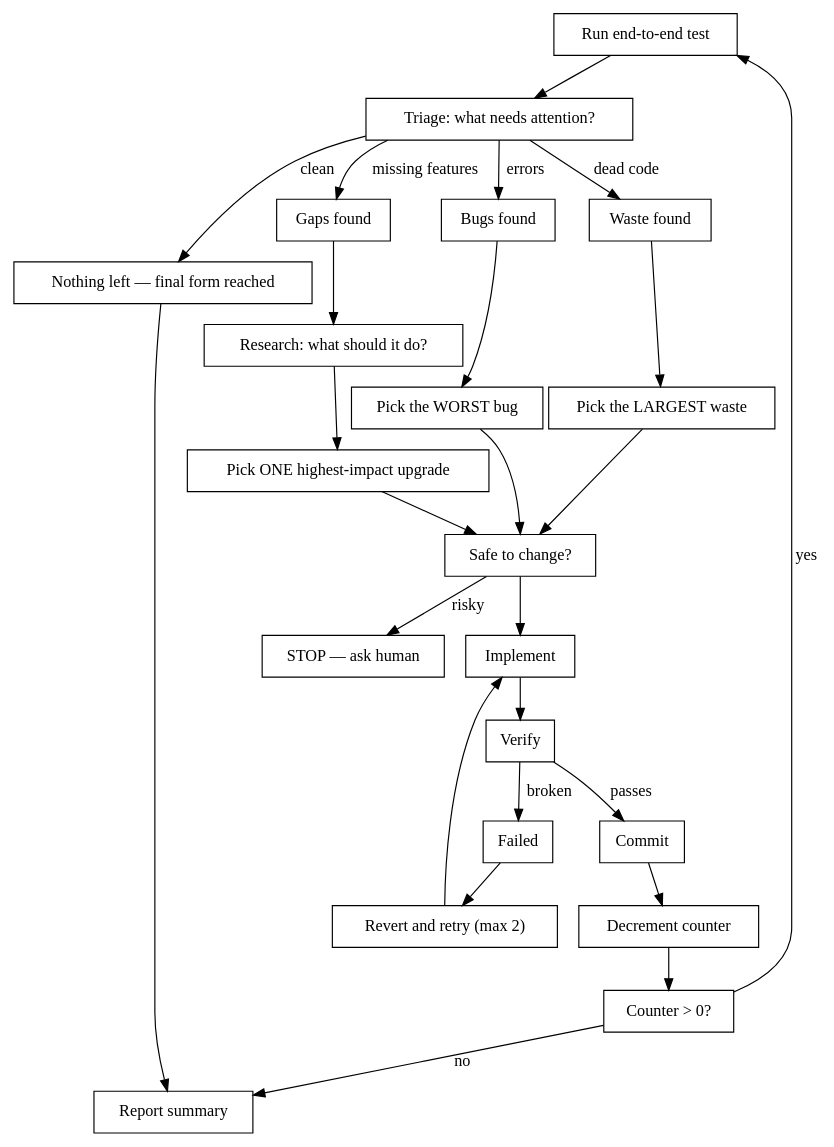
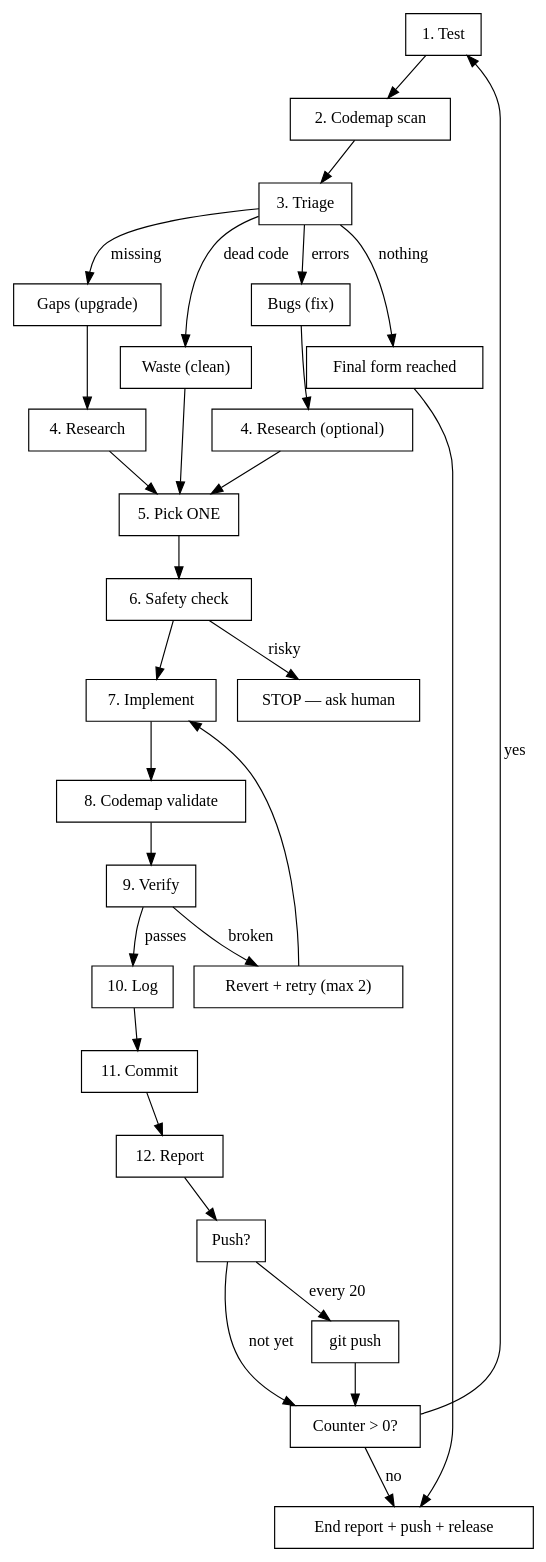
The diagram in plugin/skills/evolve/SKILL.md (charleschenai/loops), drawn with Graphviz before and after one commit. The commit also changed 1 other file, not shown here.

Commit message:
upgrade: update flow diagram to match full 12-step workflow
Old diagram showed simplified loop missing codemap, research, log,
push, and release steps. Now accurately reflects all 12 steps plus
batch push logic and end-of-run release.

````diff
--- a/plugin/skills/evolve/SKILL.md
+++ b/plugin/skills/evolve/SKILL.md
@@ -41,29 +41,33 @@
 ```dot
 digraph evolve {
     node [shape=box];
-    "Run end-to-end test" -> "Triage: what needs attention?";
-    "Triage: what needs attention?" -> "Nothing left — final form reached" [label="clean"];
-    "Triage: what needs attention?" -> "Bugs found" [label="errors"];
-    "Triage: what needs attention?" -> "Waste found" [label="dead code"];
-    "Triage: what needs attention?" -> "Gaps found" [label="missing features"];
-    "Bugs found" -> "Pick the WORST bug";
-    "Waste found" -> "Pick the LARGEST waste";
-    "Gaps found" -> "Research: what should it do?";
-    "Research: what should it do?" -> "Pick ONE highest-impact upgrade";
-    "Pick the WORST bug" -> "Safe to change?" [shape=diamond];
-    "Pick the LARGEST waste" -> "Safe to change?" [shape=diamond];
-    "Pick ONE highest-impact upgrade" -> "Safe to change?" [shape=diamond];
-    "Safe to change?" -> "STOP — ask human" [label="risky"];
-    "Safe to change?" -> "Implement";
-    "Implement" -> "Verify";
-    "Verify" -> "Failed" [label="broken"];
-    "Failed" -> "Revert and retry (max 2)";
-    "Revert and retry (max 2)" -> "Implement";
-    "Verify" -> "Commit" [label="passes"];
-    "Commit" -> "Decrement counter";
-    "Decrement counter" -> "Counter > 0?" [shape=diamond];
-    "Counter > 0?" -> "Run end-to-end test" [label="yes"];
-    "Counter > 0?" -> "Report summary" [label="no"];
-    "Nothing left — final form reached" -> "Report summary";
+    "1. Test" -> "2. Codemap scan";
+    "2. Codemap scan" -> "3. Triage";
+    "3. Triage" -> "Final form reached" [label="nothing"];
+    "3. Triage" -> "Bugs (fix)" [label="errors"];
+    "3. Triage" -> "Waste (clean)" [label="dead code"];
+    "3. Triage" -> "Gaps (upgrade)" [label="missing"];
+    "Bugs (fix)" -> "4. Research (optional)";
+    "Waste (clean)" -> "5. Pick ONE";
+    "Gaps (upgrade)" -> "4. Research";
+    "4. Research (optional)" -> "5. Pick ONE";
+    "4. Research" -> "5. Pick ONE";
+    "5. Pick ONE" -> "6. Safety check" [shape=diamond];
+    "6. Safety check" -> "STOP — ask human" [label="risky"];
+    "6. Safety check" -> "7. Implement";
+    "7. Implement" -> "8. Codemap validate";
+    "8. Codemap validate" -> "9. Verify";
+    "9. Verify" -> "Revert + retry (max 2)" [label="broken"];
+    "Revert + retry (max 2)" -> "7. Implement";
+    "9. Verify" -> "10. Log" [label="passes"];
+    "10. Log" -> "11. Commit";
+    "11. Commit" -> "12. Report";
+    "12. Report" -> "Push?" [shape=diamond];
+    "Push?" -> "git push" [label="every 20"];
+    "Push?" -> "Counter > 0?" [label="not yet"];
+    "git push" -> "Counter > 0?";
+    "Counter > 0?" -> "1. Test" [label="yes"];
+    "Counter > 0?" -> "End report + push + release" [label="no"];
+    "Final form reached" -> "End report + push + release";
 }
 ```
````
